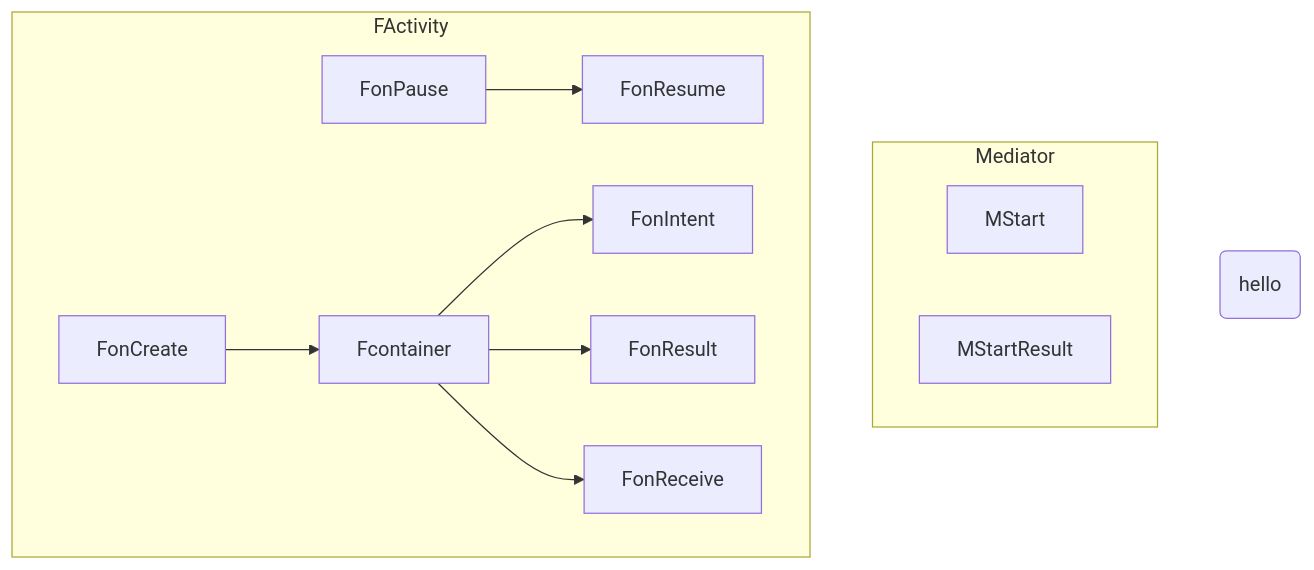
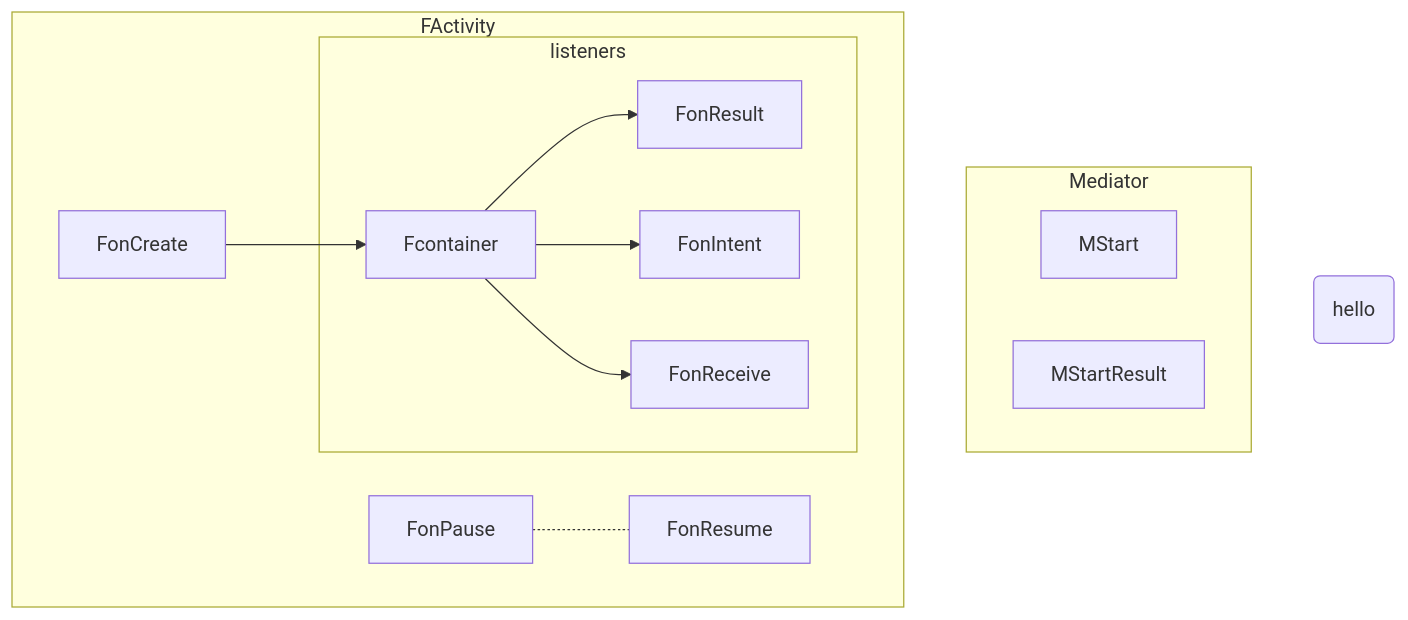
One commit to gordianknotC/nxp_note changed the diagram in flutter/addActivityResultListener.md. Above: the diagram before and after it, drawn with Mermaid. The commit also changed other lines of this file, not shown here.

Commit message:
flutter/addActivityResultListener.md updated from https://stackedit.io/

````diff
--- a/flutter/addActivityResultListener.md
+++ b/flutter/addActivityResultListener.md
@@ -11,24 +11,28 @@
 ```mermaid
 graph TB
 	S(hello)
 	subgraph Mediator
 		MStart
 		MStartResult
 	end
 	subgraph FActivity
 		FonCreate
 		FonPause 
 		FonResume 
 		FonResult 
 		FonIntent 
 		FonReceive 
 		FonCreate --> Fcontainer
-		FonPause -->FonResume
-
+		
+		subgraph listeners
 		Fcontainer --> FonIntent
 		Fcontainer --> FonResult
 		Fcontainer --> FonReceive
+		end
+		
+
+		FonPause -.- FonResume
 	end
 
 
 ```
````
